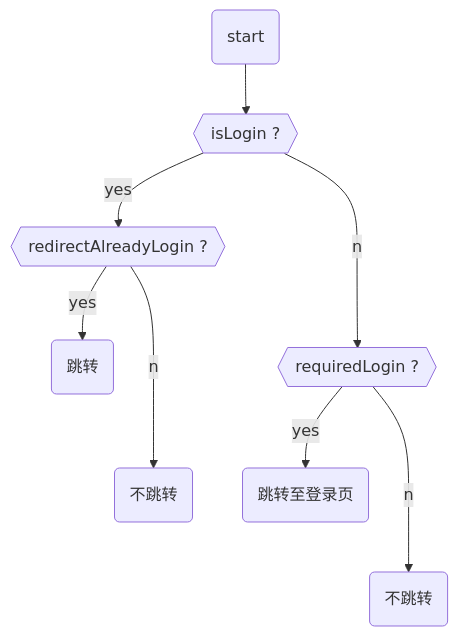
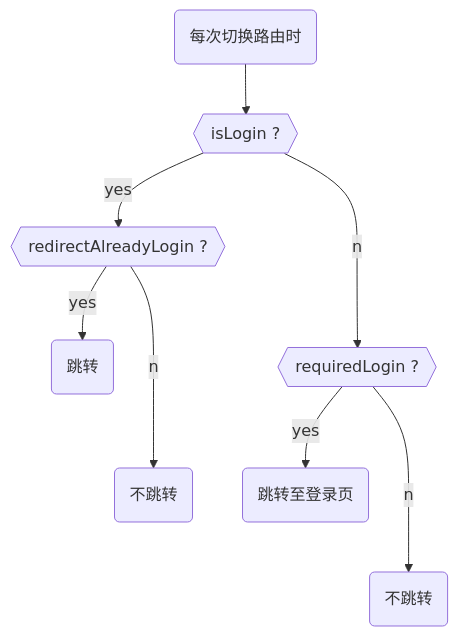
The second of 5 diagrams in docs/9-6 改进路由验证系统.md (HenryC-3/vue-ts-zhihu), drawn with Mermaid before and after one commit. The commit also changed other lines of this file and 1 other file, not shown here.

````diff
--- a/docs/9-6 改进路由验证系统.md
+++ b/docs/9-6 改进路由验证系统.md
@@ -34,10 +34,10 @@
 ```mermaid
 graph TD
-1(start)-->2{{isLogin ?}}
+1(每次切换路由时)-->2{{isLogin ?}}
 2--yes-->3{{ redirectAlreadyLogin ?}}
 3--yes-->4(跳转)
 3--no-->5(不跳转)
 2--no-->6{{requiredLogin ?}}
 6--yes-->7(跳转至登录页)
 6--no-->8(不跳转)
 ```
````
